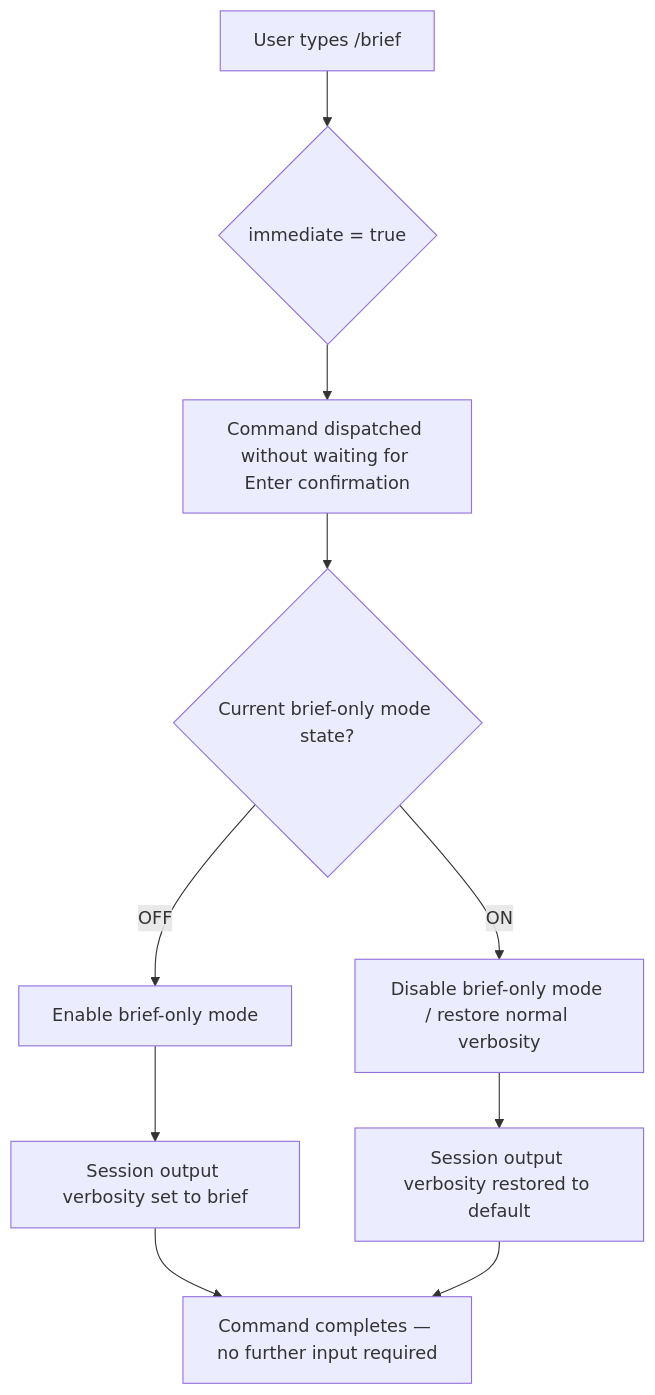
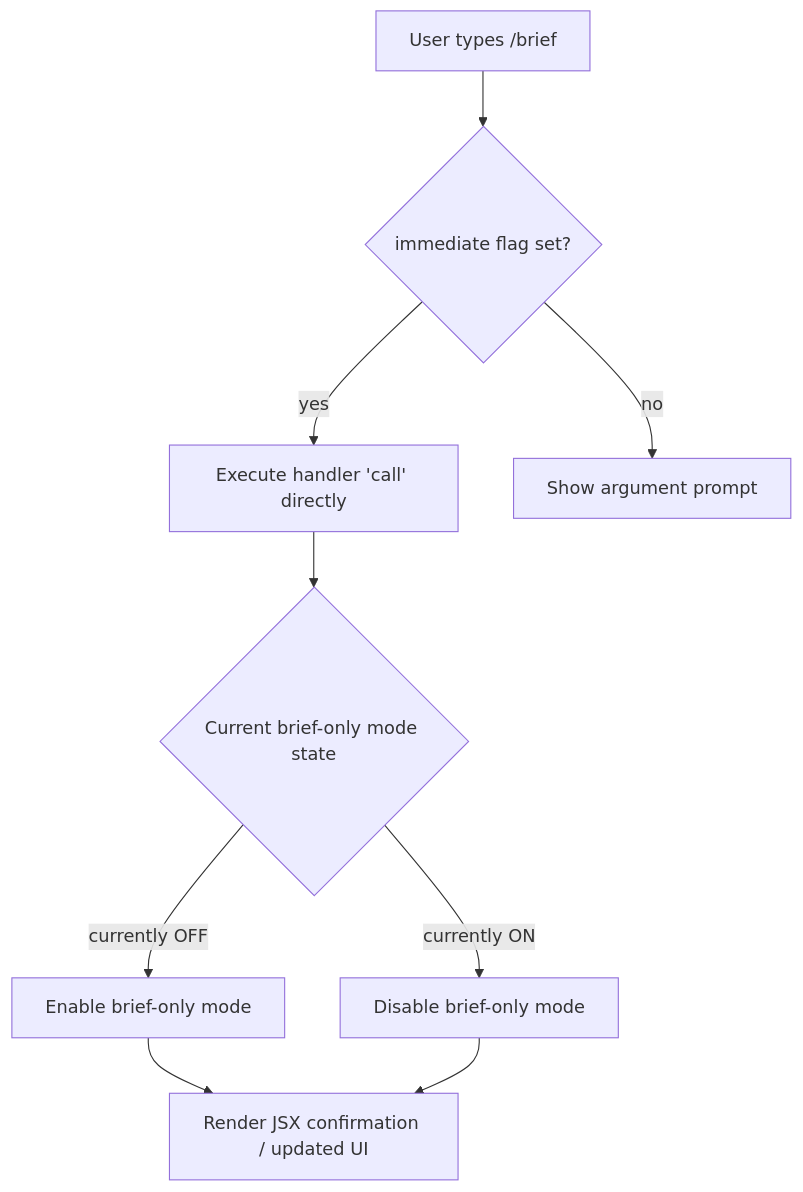
The diagram in versions/v2.1.143/brief.md (MyLittleLuckyDog/cc-gnothi), drawn with Mermaid before and after one commit. The commit also changed other lines of this file and 483 other files, not shown here.

````diff
--- a/versions/v2.1.143/brief.md
+++ b/versions/v2.1.143/brief.md
@@ -45,12 +60,11 @@
 ```mermaid
 flowchart TD
-    A[User types /brief] --> B{immediate = true}
-    B --> C[Command dispatched without waiting for Enter confirmation]
-    C --> D{Current brief-only mode state?}
-    D -- OFF --> E[Enable brief-only mode]
-    D -- ON --> F[Disable brief-only mode / restore normal verbosity]
-    E --> G[Session output verbosity set to brief]
-    F --> H[Session output verbosity restored to default]
-    G --> I[Command completes — no further input required]
-    H --> I
+    A[User types /brief] --> B{immediate flag set?}
+    B -- yes --> C[Execute handler 'call' directly]
+    B -- no --> D[Show argument prompt]
+    C --> E{Current brief-only mode state}
+    E -- currently OFF --> F[Enable brief-only mode]
+    E -- currently ON --> G[Disable brief-only mode]
+    F --> H[Render JSX confirmation / updated UI]
+    G --> H
 ```
````
